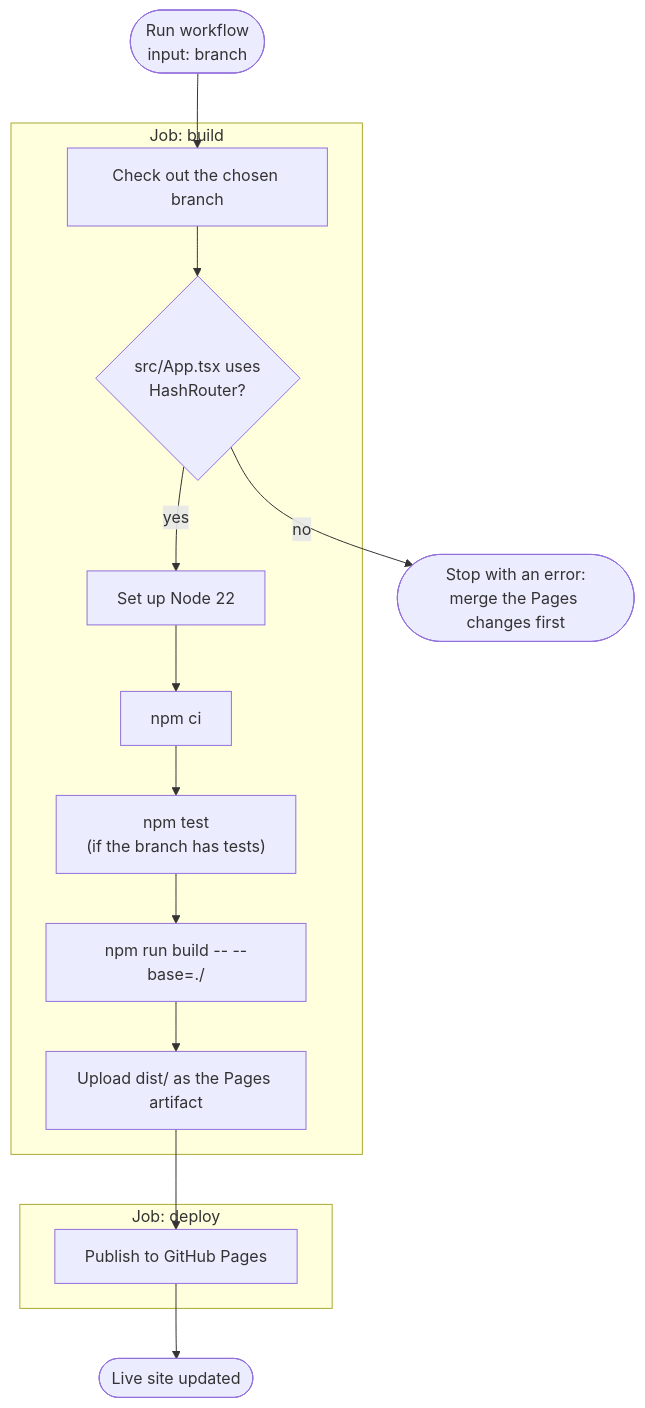
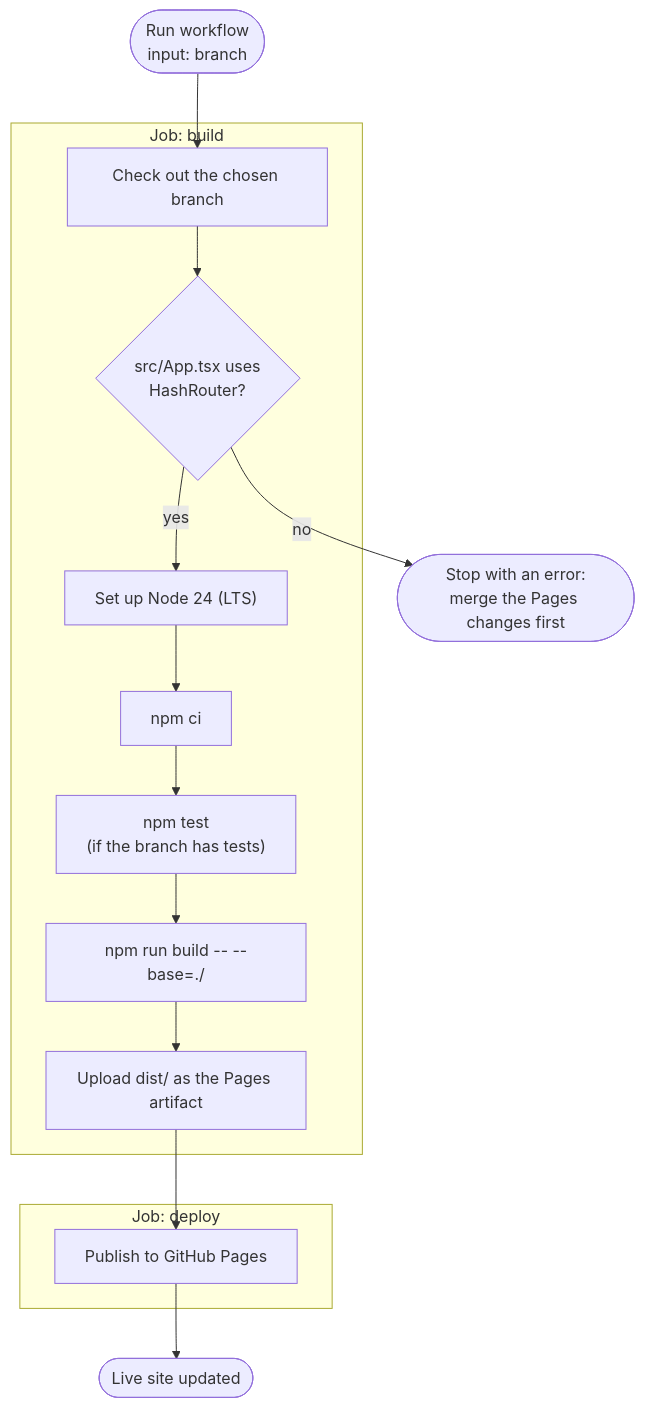
Before and after one commit to bendfeldt/sourdoughpeakplanner-ff7502f5: the diagram in docs/deployment.md, drawn with Mermaid. The commit also changed 6 other files, not shown here.

````diff
--- a/docs/deployment.md
+++ b/docs/deployment.md
@@ -26,22 +26,22 @@
 ```mermaid
 flowchart TD
     run(["Run workflow<br/>input: branch"])
     subgraph build["Job: build"]
         co["Check out the chosen branch"]
         guard{"src/App.tsx uses<br/>HashRouter?"}
-        node["Set up Node 22"]
+        node["Set up Node 24 (LTS)"]
         ci["npm ci"]
         test["npm test<br/>(if the branch has tests)"]
         vite["npm run build -- --base=./"]
         up["Upload dist/ as the Pages artifact"]
     end
     subgraph deploy["Job: deploy"]
         dep["Publish to GitHub Pages"]
     end
     fail(["Stop with an error:<br/>merge the Pages changes first"])
     site(["Live site updated"])
 
     run --> co --> guard
     guard -- no --> fail
     guard -- yes --> node --> ci --> test --> vite --> up --> dep --> site
 ```
````
